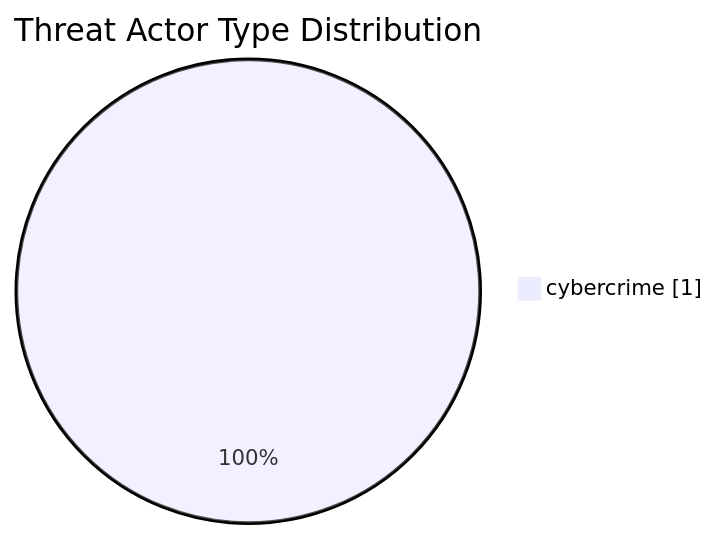
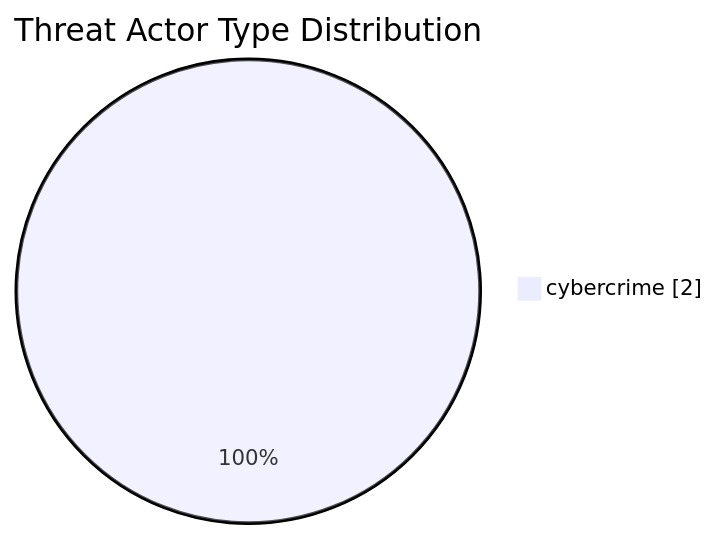
Before and after one commit to SWolfSec/Threat-Hunting-As-Code: the fourth of 4 diagrams in docs/dashboard.md, drawn with Mermaid. The commit also changed other lines of this file and 2 other files, not shown here.

````diff
--- a/docs/dashboard.md
+++ b/docs/dashboard.md
@@ -61,5 +61,5 @@
 ```mermaid
 pie showData
     title Threat Actor Type Distribution
-    "cybercrime" : 1
+    "cybercrime" : 2
 ```
````
